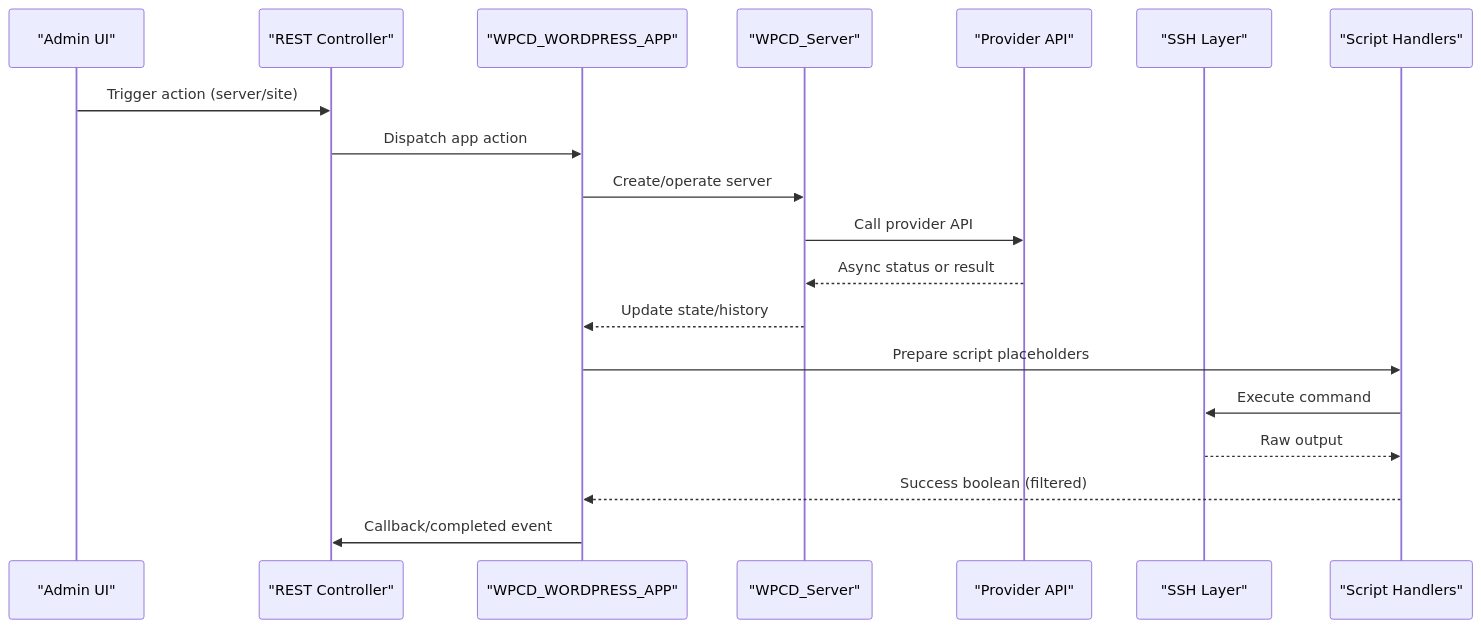
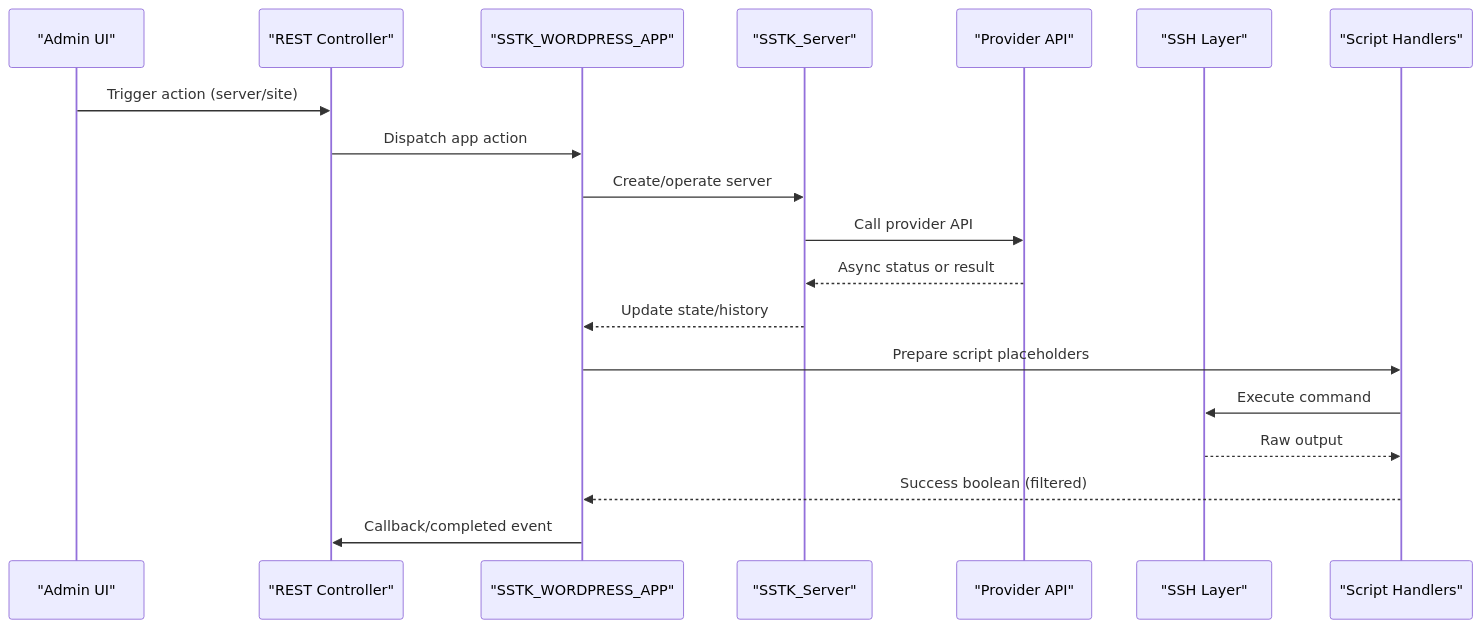
One commit to onedogsolutions/simple-stack changed the second of 8 diagrams in .qoder/repowiki/en/content/WordPress Application Engine/Customization & Extension Points/Hook System & Lifecycle Customization.md. Above: the diagram before and after it, drawn with Mermaid. The commit also changed other lines of this file and 5941 other files, not shown here.

````diff
--- a/.qoder/repowiki/en/content/WordPress Application Engine/Customization & Extension Points/Hook System & Lifecycle Customization.md
+++ b/.qoder/repowiki/en/content/WordPress Application Engine/Customization & Extension Points/Hook System & Lifecycle Customization.md
@@ -88,21 +88,21 @@
 ```mermaid
 sequenceDiagram
 participant Admin as "Admin UI"
 participant REST as "REST Controller"
-participant App as "WPCD_WORDPRESS_APP"
-participant Server as "WPCD_Server"
+participant App as "SSTK_WORDPRESS_APP"
+participant Server as "SSTK_Server"
 participant Provider as "Provider API"
 participant SSH as "SSH Layer"
 participant Scripts as "Script Handlers"
 Admin->>REST : Trigger action (server/site)
 REST->>App : Dispatch app action
 App->>Server : Create/operate server
 Server->>Provider : Call provider API
 Provider-->>Server : Async status or result
 Server-->>App : Update state/history
 App->>Scripts : Prepare script placeholders
 Scripts->>SSH : Execute command
 SSH-->>Scripts : Raw output
 Scripts-->>App : Success boolean (filtered)
 App->>REST : Callback/completed event
 ```
````
